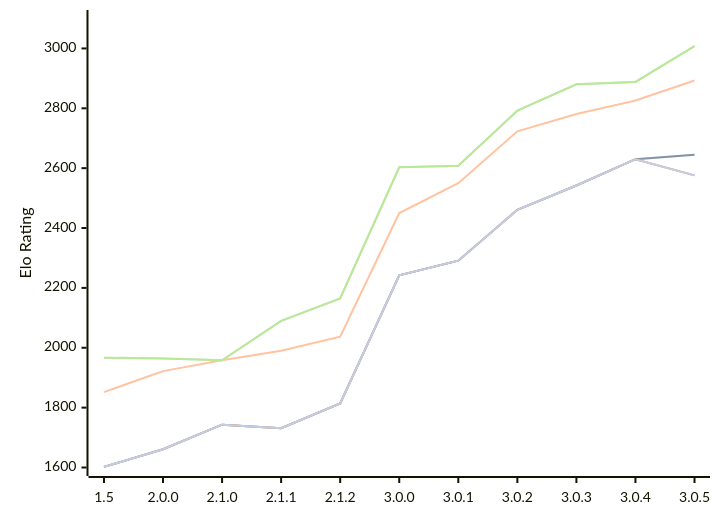
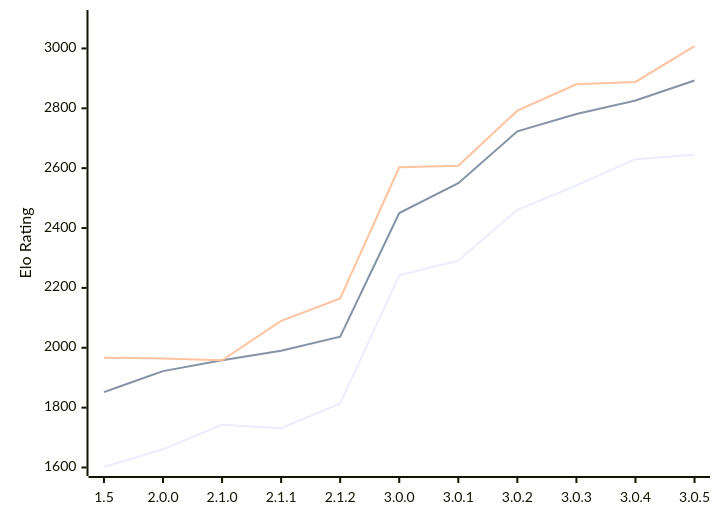
Before and after one commit to computer-chess-index/cci: the diagram in engines/Rudim.md, drawn with Mermaid. The commit also changed other lines of this file, not shown here.

````diff
--- a/engines/Rudim.md
+++ b/engines/Rudim.md
@@ -57,13 +57,9 @@
 ```mermaid
 %%{init: {"theme":"base","themeVariables":{"seriesColors:['#a3a3a3','#222221','#faa371']}}}%%
 xychart-beta
   x-axis ["1.5", "2.0.0", "2.1.0", "2.1.1", "2.1.2", "3.0.0", "3.0.1", "3.0.2", "3.0.3", "3.0.4", "3.0.5"]
   y-axis "Elo Rating" 1600 --> 3100
-  line "" [1602, 1661, 1743, 1731, 1814, 2242, 2291, 2461, 2542, 2630, 2645]
   line "T1: STC (8.0+0.08s)" [1602, 1661, 1743, 1731, 1814, 2242, 2291, 2461, 2542, 2630, 2645]
   line "T1: LTC (60.0+0.60s)" [1852, 1922, 1958, 1990, 2037, 2450, 2550, 2723, 2781, 2826, 2893]
-  line "" [1967, 1964, 1958, 2090, 2165, 2603, 2608, 2792, 2880, 2888, 3008]
   line "T1: VLTC (2m24s+1.12s)" [1967, 1964, 1958, 2090, 2165, 2603, 2608, 2792, 2880, 2888, 3008]
-  line "" [1602, 1661, 1743, 1731, 1814, 2242, 2291, 2461, 2542, 2630,2576]
-  line "E1: STC (8.0+0.08s)" [1602, 1661, 1743, 1731, 1814, 2242, 2291, 2461, 2542, 2630,2576]
 ```
````
